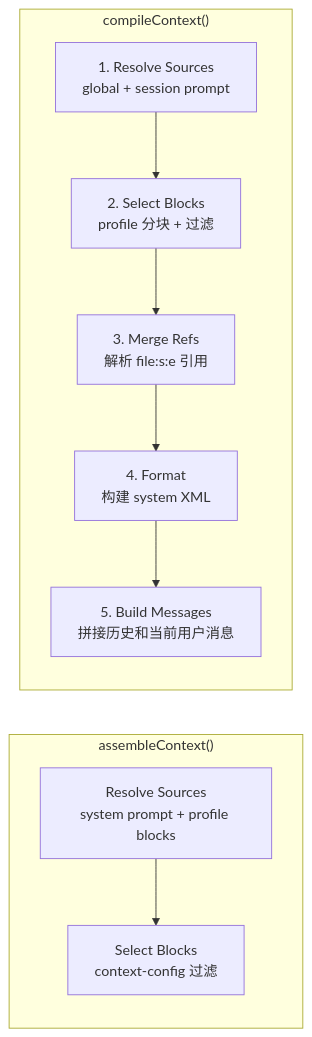
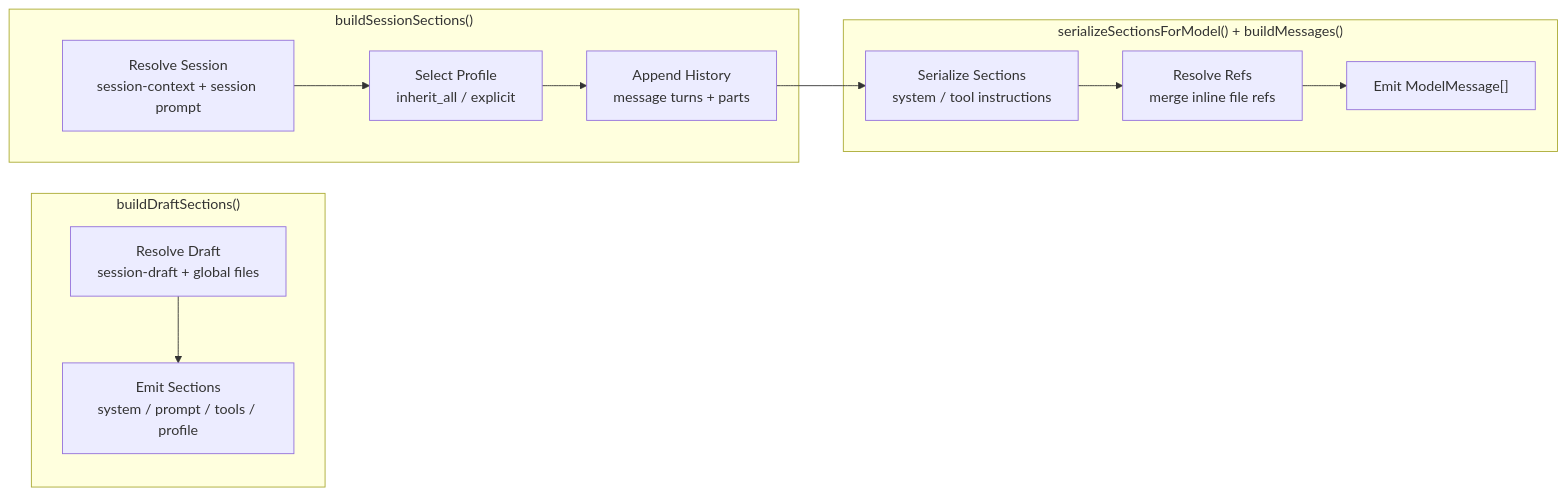
The fourth of 4 diagrams in ARCHITECTURE.md (albert-zen/AgentTeacher-Tutor), drawn with Mermaid before and after one commit. The commit also changed other lines of this file and 5 other files, not shown here.

Commit message:
Update docs for session draft architecture

````diff
--- a/ARCHITECTURE.md
+++ b/ARCHITECTURE.md
@@ -183,18 +205,22 @@
 ```mermaid
 graph LR
-    subgraph Preview ["assembleContext()"]
-        P1["Resolve Sources<br/>system prompt + profile blocks"]
-        P2["Select Blocks<br/>context-config 过滤"]
+    subgraph Draft ["buildDraftSections()"]
+        D1["Resolve Draft<br/>session-draft + global files"]
+        D2["Emit Sections<br/>system / prompt / tools / profile"]
     end
 
-    subgraph Compile ["compileContext()"]
-        S1["1. Resolve Sources<br/>global + session prompt"]
-        S2["2. Select Blocks<br/>profile 分块 + 过滤"]
-        S3["3. Merge Refs<br/>解析 file:s:e 引用"]
-        S4["4. Format<br/>构建 system XML"]
-        S5["5. Build Messages<br/>拼接历史和当前用户消息"]
+    subgraph Session ["buildSessionSections()"]
+        S1["Resolve Session<br/>session-context + session prompt"]
+        S2["Select Profile<br/>inherit_all / explicit"]
+        S3["Append History<br/>message turns + parts"]
     end
 
-    P1 --> P2
-    S1 --> S2 --> S3 --> S4 --> S5
+    subgraph Compile ["serializeSectionsForModel() + buildMessages()"]
+        C1["Serialize Sections<br/>system / tool instructions"]
+        C2["Resolve Refs<br/>merge inline file refs"]
+        C3["Emit ModelMessage[]"]
+    end
+
+    D1 --> D2
+    S1 --> S2 --> S3 --> C1 --> C2 --> C3
 ```
````
